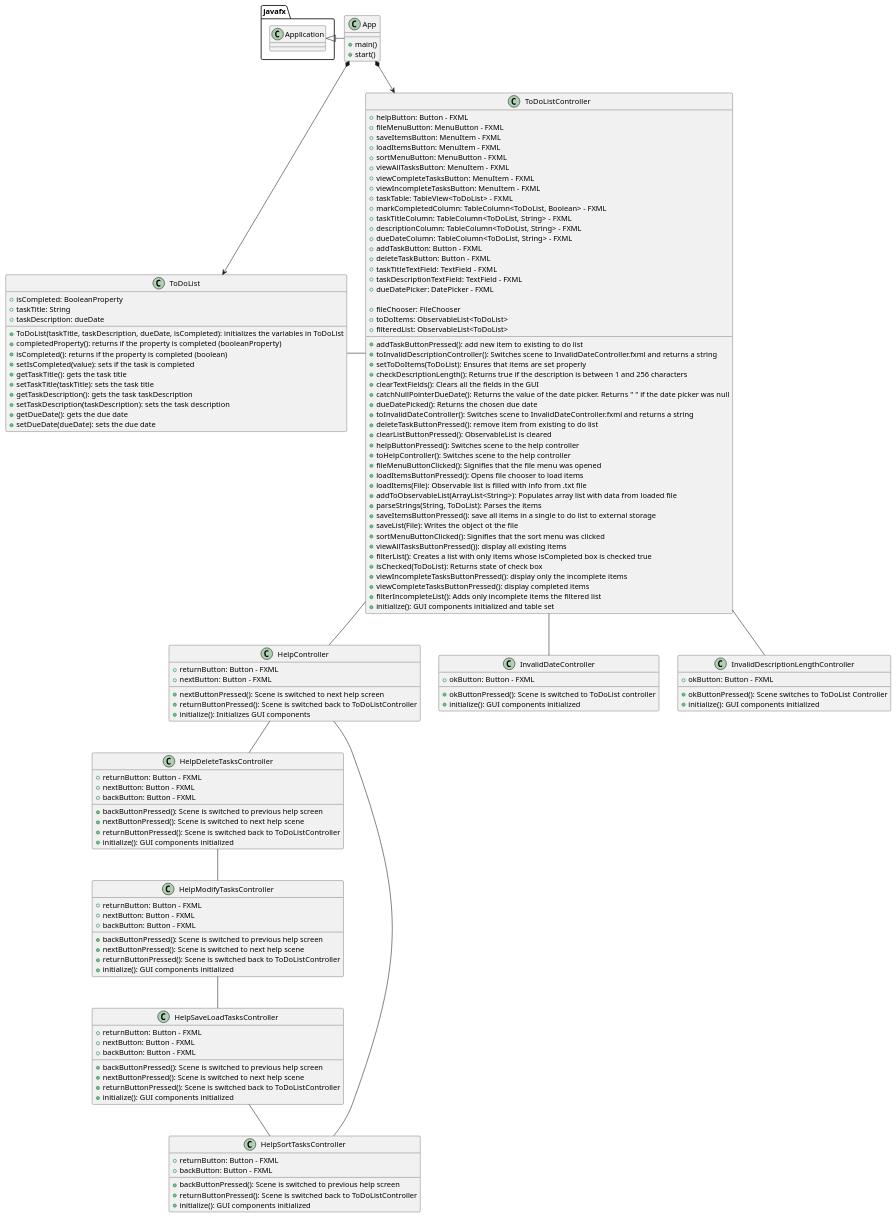
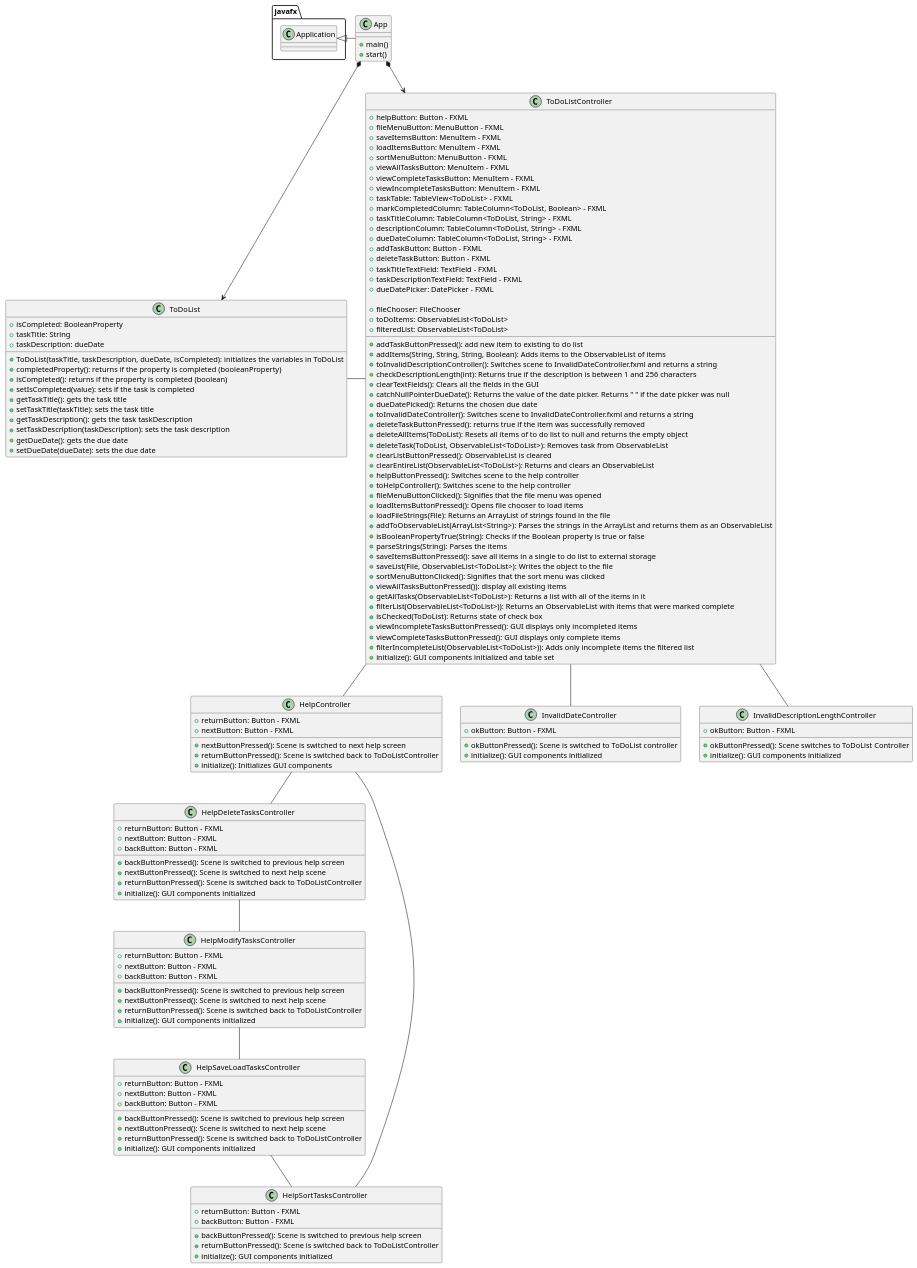
One commit to savosburn/To-Do-List-with-GUI changed the diagram in uml/ToDoList.puml. Above: the diagram before and after it, drawn with PlantUML. The commit also changed 1 other file, not shown here.

```diff
--- a/uml/ToDoList.puml
+++ b/uml/ToDoList.puml
@@ -1,156 +1,161 @@
 @startuml
 'https://plantuml.com/sequence-diagram
 
 class App {
     + main()
     + start()
 }
 
 class ToDoList {
     + isCompleted: BooleanProperty
     + taskTitle: String
     + taskDescription: dueDate
 
     + ToDoList(taskTitle, taskDescription, dueDate, isCompleted): initializes the variables in ToDoList
     + completedProperty(): returns if the property is completed (booleanProperty)
     + isCompleted(): returns if the property is completed (boolean)
     + setIsCompleted(value): sets if the task is completed
     + getTaskTitle(): gets the task title
     + setTaskTitle(taskTitle): sets the task title
     + getTaskDescription(): gets the task taskDescription
     + setTaskDescription(taskDescription): sets the task description
     + getDueDate(): gets the due date
     + setDueDate(dueDate): sets the due date
 }
 
 class ToDoListController {
     + helpButton: Button - FXML
     + fileMenuButton: MenuButton - FXML
     + saveItemsButton: MenuItem - FXML
     + loadItemsButton: MenuItem - FXML
     + sortMenuButton: MenuButton - FXML
     + viewAllTasksButton: MenuItem - FXML
     + viewCompleteTasksButton: MenuItem - FXML
     + viewIncompleteTasksButton: MenuItem - FXML
     + taskTable: TableView<ToDoList> - FXML
     + markCompletedColumn: TableColumn<ToDoList, Boolean> - FXML
     + taskTitleColumn: TableColumn<ToDoList, String> - FXML
     + descriptionColumn: TableColumn<ToDoList, String> - FXML
     + dueDateColumn: TableColumn<ToDoList, String> - FXML
     + addTaskButton: Button - FXML
     + deleteTaskButton: Button - FXML
     + taskTitleTextField: TextField - FXML
     + taskDescriptionTextField: TextField - FXML
     + dueDatePicker: DatePicker - FXML
 
     + fileChooser: FileChooser
     + toDoItems: ObservableList<ToDoList>
     + filteredList: ObservableList<ToDoList>
 
     + addTaskButtonPressed(): add new item to existing to do list
+    + addItems(String, String, String, Boolean): Adds items to the ObservableList of items
     + toInvalidDescriptionController(): Switches scene to InvalidDateController.fxml and returns a string
-    + setToDoItems(ToDoList): Ensures that items are set properly
-    + checkDescriptionLength(): Returns true if the description is between 1 and 256 characters
+    + checkDescriptionLength(int): Returns true if the description is between 1 and 256 characters
     + clearTextFields(): Clears all the fields in the GUI
     + catchNullPointerDueDate(): Returns the value of the date picker. Returns " " if the date picker was null
     + dueDatePicked(): Returns the chosen due date
     + toInvalidDateController(): Switches scene to InvalidDateController.fxml and returns a string
-    + deleteTaskButtonPressed(): remove item from existing to do list
+    + deleteTaskButtonPressed(): returns true if the item was successfully removed
+    + deleteAllItems(ToDoList): Resets all items of to do list to null and returns the empty object
+    + deleteTask(ToDoList, ObservableList<ToDoList>): Removes task from ObservableList
     + clearListButtonPressed(): ObservableList is cleared
+    + clearEntireList(ObservableList<ToDoList>): Returns and clears an ObservableList
     + helpButtonPressed(): Switches scene to the help controller
     + toHelpController(): Switches scene to the help controller
     + fileMenuButtonClicked(): Signifies that the file menu was opened
     + loadItemsButtonPressed(): Opens file chooser to load items
-    + loadItems(File): Observable list is filled with info from .txt file
-    + addToObservableList(ArrayList<String>): Populates array list with data from loaded file
-    + parseStrings(String, ToDoList): Parses the items
+    + loadFileStrings(File): Returns an ArrayList of strings found in the file
+    + addToObservableList(ArrayList<String>): Parses the strings in the ArrayList and returns them as an ObservableList
+    + isBooleanPropertyTrue(String): Checks if the Boolean property is true or false
+    + parseStrings(String): Parses the items
     + saveItemsButtonPressed(): save all items in a single to do list to external storage
-    + saveList(File): Writes the object ot the file
+    + saveList(File, ObservableList<ToDoList>): Writes the object to the file
     + sortMenuButtonClicked(): Signifies that the sort menu was clicked
     + viewAllTasksButtonPressed()): display all existing items
-    + filterList(): Creates a list with only items whose isCompleted box is checked true
+    + getAllTasks(ObservableList<ToDoList>): Returns a list with all of the items in it
+    + filterList(ObservableList<ToDoList>)): Returns an ObservableList with items that were marked complete
     + isChecked(ToDoList): Returns state of check box
-    + viewIncompleteTasksButtonPressed(): display only the incomplete items
-    + viewCompleteTasksButtonPressed(): display completed items
-    + filterIncompleteList(): Adds only incomplete items the filtered list
+    + viewIncompleteTasksButtonPressed(): GUI displays only incompleted items
+    + viewCompleteTasksButtonPressed(): GUI displays only complete items
+    + filterIncompleteList(ObservableList<ToDoList>)): Adds only incomplete items the filtered list
     + initialize(): GUI components initialized and table set
 }
 
 class HelpController {
     + returnButton: Button - FXML
     + nextButton: Button - FXML
 
     + nextButtonPressed(): Scene is switched to next help screen
     + returnButtonPressed(): Scene is switched back to ToDoListController
     + initialize(): Initializes GUI components
 }
 
 class HelpDeleteTasksController {
     + returnButton: Button - FXML
     + nextButton: Button - FXML
     + backButton: Button - FXML
 
     + backButtonPressed(): Scene is switched to previous help screen
     + nextButtonPressed(): Scene is switched to next help scene
     + returnButtonPressed(): Scene is switched back to ToDoListController
     + initialize(): GUI components initialized
 }
 
 class HelpModifyTasksController {
     + returnButton: Button - FXML
     + nextButton: Button - FXML
     + backButton: Button - FXML
 
     + backButtonPressed(): Scene is switched to previous help screen
     + nextButtonPressed(): Scene is switched to next help scene
     + returnButtonPressed(): Scene is switched back to ToDoListController
     + initialize(): GUI components initialized
 }
 
 class HelpSaveLoadTasksController {
     + returnButton: Button - FXML
     + nextButton: Button - FXML
     + backButton: Button - FXML
 
     + backButtonPressed(): Scene is switched to previous help screen
     + nextButtonPressed(): Scene is switched to next help scene
     + returnButtonPressed(): Scene is switched back to ToDoListController
     + initialize(): GUI components initialized
 }
 
 class HelpSortTasksController {
     + returnButton: Button - FXML
     + backButton: Button - FXML
 
     + backButtonPressed(): Scene is switched to previous help screen
     + returnButtonPressed(): Scene is switched back to ToDoListController
     + initialize(): GUI components initialized
 }
 
 class InvalidDateController {
     + okButton: Button - FXML
 
     + okButtonPressed(): Scene is switched to ToDoList controller
     + initialize(): GUI components initialized
 }
 
 class InvalidDescriptionLengthController {
     + okButton: Button - FXML
 
     + okButtonPressed(): Scene switches to ToDoList Controller
     + initialize(): GUI components initialized
 }
 
 javafx.Application <|- App
 App *--> ToDoListController
 ToDoListController -- HelpController
 ToDoListController -- InvalidDateController
 ToDoListController -- InvalidDescriptionLengthController
 HelpController -- HelpDeleteTasksController
 HelpDeleteTasksController -- HelpModifyTasksController
 HelpModifyTasksController -- HelpSaveLoadTasksController
 HelpSaveLoadTasksController -- HelpSortTasksController
 HelpSortTasksController -- HelpController
 App *--> ToDoList
 ToDoList - ToDoListController
 @enduml
```
